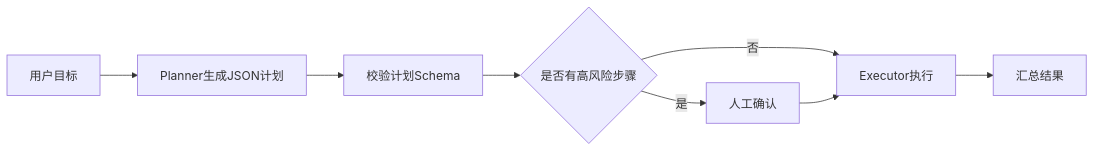
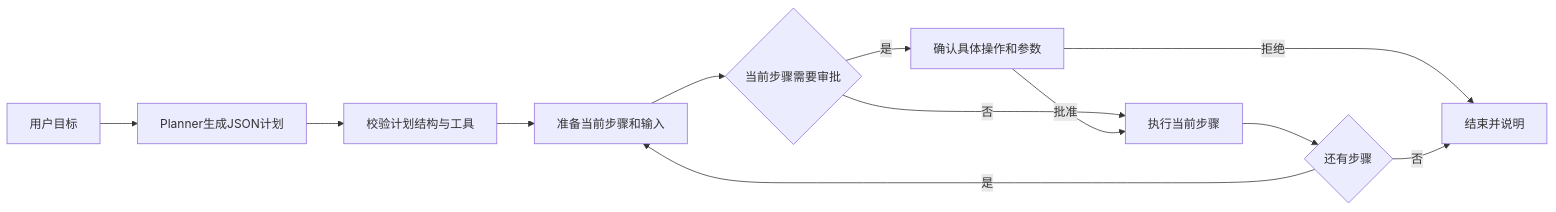
Before and after one commit to GuoWWWX/knowledge-base: the diagram in 10-AI应用开发/05-Agent-MCP-Skills/04-Plan-and-Execute-实现.md, drawn with Mermaid. The commit also changed other lines of this file and 368 other files, not shown here.

````diff
--- a/10-AI应用开发/05-Agent-MCP-Skills/04-Plan-and-Execute-实现.md
+++ b/10-AI应用开发/05-Agent-MCP-Skills/04-Plan-and-Execute-实现.md
@@ -47,10 +57,14 @@
 ```mermaid
 flowchart LR
     A[用户目标] --> B[Planner生成JSON计划]
-    B --> C[校验计划Schema]
-    C --> D{是否有高风险步骤}
-    D -->|是| E[人工确认]
-    D -->|否| F[Executor执行]
-    E --> F
-    F --> G[汇总结果]
+    B --> C[校验计划结构与工具]
+    C --> F[准备当前步骤和输入]
+    F --> D{当前步骤需要审批}
+    D -->|是| E[确认具体操作和参数]
+    D -->|否| H[执行当前步骤]
+    E -->|批准| H
+    E -->|拒绝| G[结束并说明]
+    H --> I{还有步骤}
+    I -->|是| F
+    I -->|否| G
 ```
````
